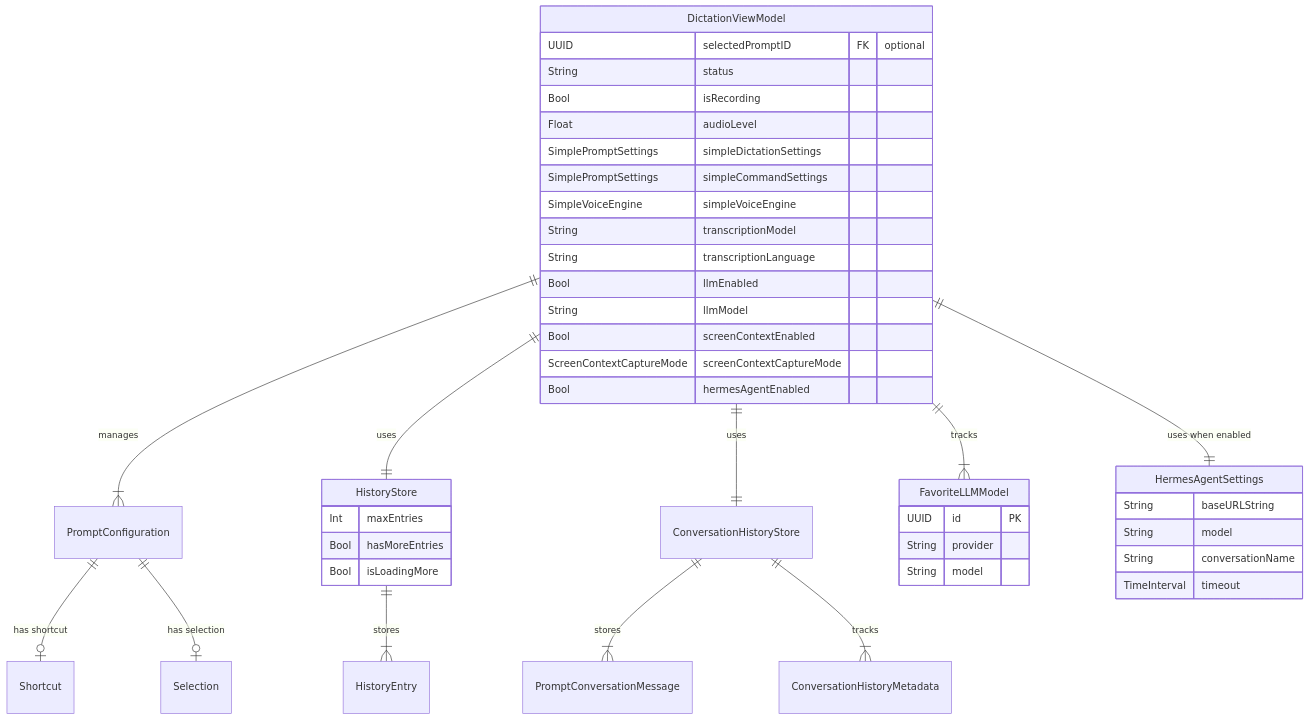
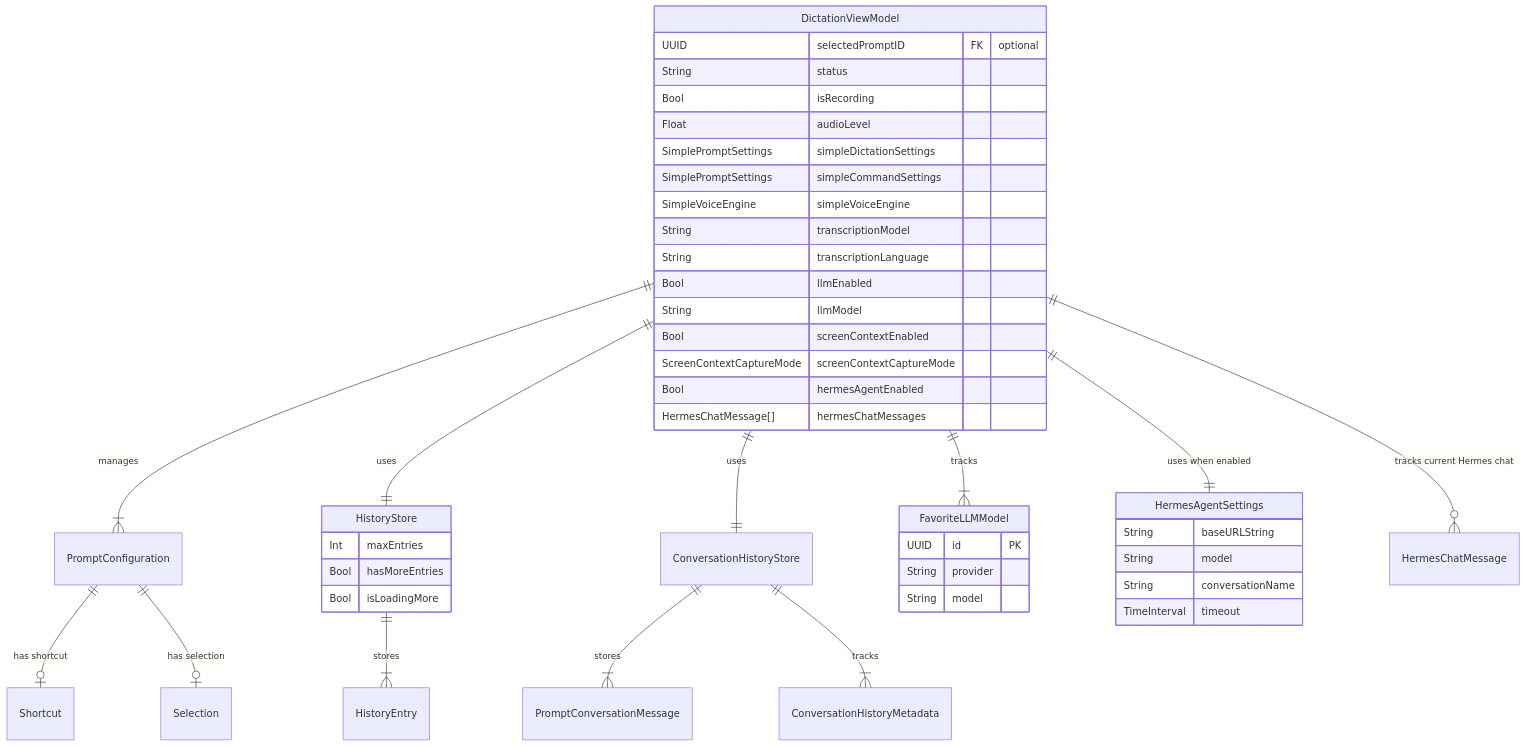
One commit to dkapo88/WonderWhisper-macOS changed the eighth of 12 diagrams in datamodel.md. Above: the diagram before and after it, drawn with Mermaid. The commit also changed other lines of this file and 8 other files, not shown here.

Commit message:
feat: add Hermes chat history and copy action

````diff
--- a/datamodel.md
+++ b/datamodel.md
@@ -254,52 +277,54 @@
 ```mermaid
 erDiagram
     DictationViewModel ||--|{ PromptConfiguration : "manages"
     DictationViewModel ||--|| HistoryStore : "uses"
     DictationViewModel ||--|| ConversationHistoryStore : "uses"
     DictationViewModel ||--|{ FavoriteLLMModel : "tracks"
     DictationViewModel ||--|| HermesAgentSettings : "uses when enabled"
+    DictationViewModel ||--o{ HermesChatMessage : "tracks current Hermes chat"
     
     HistoryStore ||--|{ HistoryEntry : "stores"
     
     ConversationHistoryStore ||--|{ PromptConversationMessage : "stores"
     ConversationHistoryStore ||--|{ ConversationHistoryMetadata : "tracks"
     
     PromptConfiguration ||--o| Shortcut : "has shortcut"
     PromptConfiguration ||--o| Selection : "has selection"
     
     DictationViewModel {
         UUID selectedPromptID FK "optional"
         String status
         Bool isRecording
         Float audioLevel
         SimplePromptSettings simpleDictationSettings
         SimplePromptSettings simpleCommandSettings
         SimpleVoiceEngine simpleVoiceEngine
         String transcriptionModel
         String transcriptionLanguage
         Bool llmEnabled
         String llmModel
         Bool screenContextEnabled
         ScreenContextCaptureMode screenContextCaptureMode
         Bool hermesAgentEnabled
+        HermesChatMessage[] hermesChatMessages
     }
     
     HistoryStore {
         Int maxEntries
         Bool hasMoreEntries
         Bool isLoadingMore
     }
     
     FavoriteLLMModel {
         UUID id PK
         String provider
         String model
     }
 
     HermesAgentSettings {
         String baseURLString
         String model
         String conversationName
         TimeInterval timeout
     }
 ```
````
